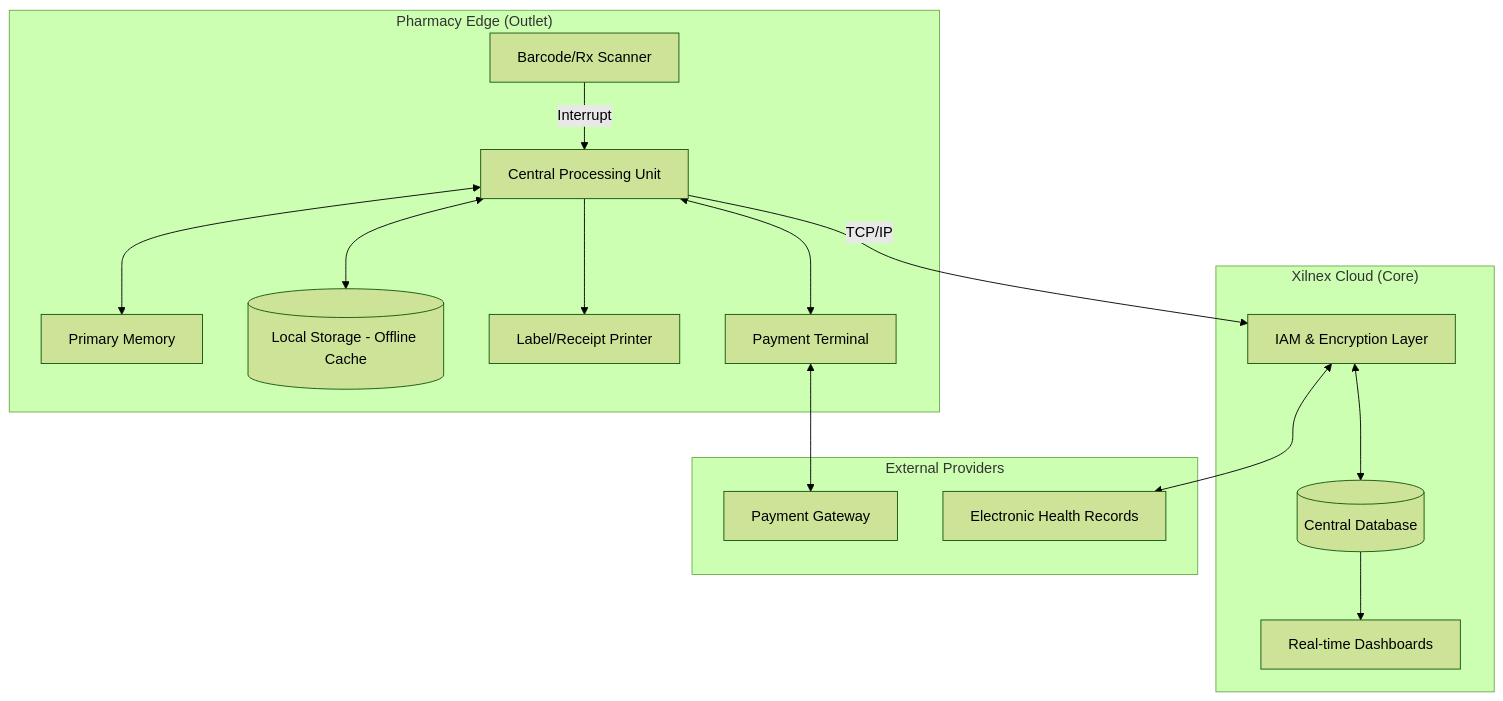
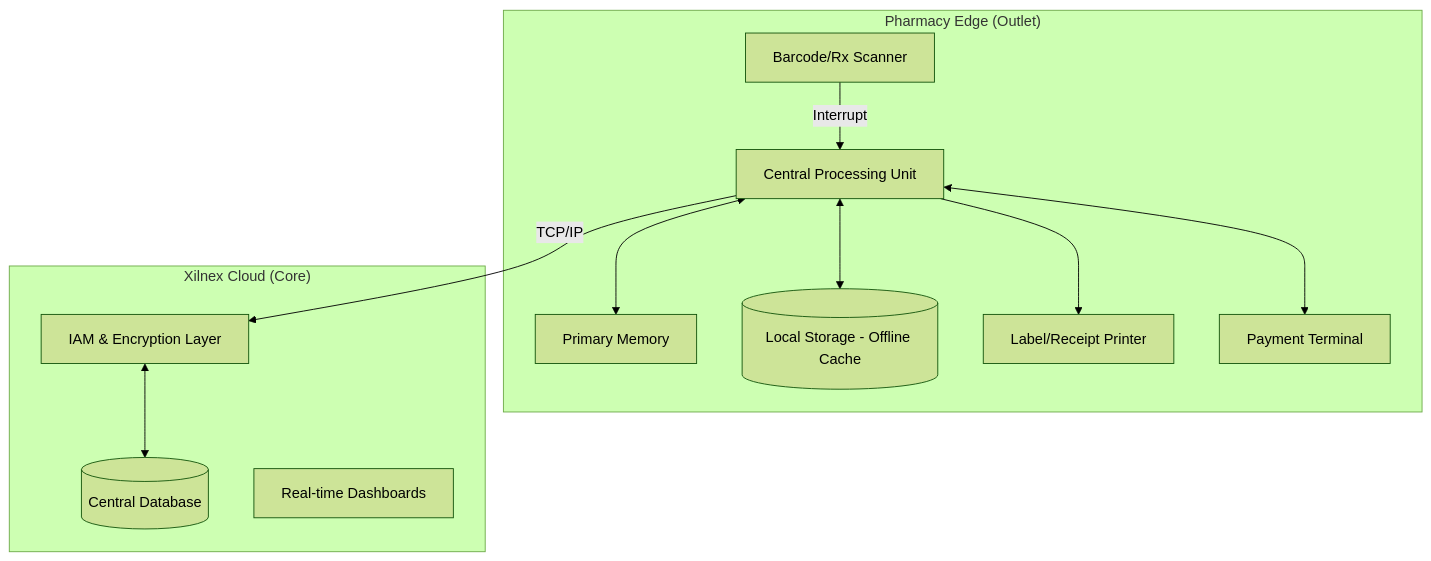
One commit to wendy0005/assignment changed the diagram in 20260322_Retail_Pharmacy_POS_Analysis/20260322_Computer_Architecture_Analysis_Xilnex.md. Above: the diagram before and after it, drawn with Mermaid (forest theme). The commit also changed other lines of this file and 10 other files, not shown here.

````diff
--- a/20260322_Retail_Pharmacy_POS_Analysis/20260322_Computer_Architecture_Analysis_Xilnex.md
+++ b/20260322_Retail_Pharmacy_POS_Analysis/20260322_Computer_Architecture_Analysis_Xilnex.md
@@ -80,33 +71,25 @@
 ```mermaid
 graph TD
     subgraph "Pharmacy Edge (Outlet)"
         CPU[Central Processing Unit]
         RAM[Primary Memory]
         SSD[(Local Storage - Offline Cache)]
         Scanner[Barcode/Rx Scanner]
         Printer[Label/Receipt Printer]
         Term[Payment Terminal]
     end
 
     subgraph "Xilnex Cloud (Core)"
         CloudDB[(Central Database)]
         Security[IAM & Encryption Layer]
         Analytics[Real-time Dashboards]
     end
 
-    subgraph "External Providers"
-        Bank[Payment Gateway]
-        EHR[Electronic Health Records]
-    end
-
     Scanner -- "Interrupt" --> CPU
     CPU <--> RAM
     CPU <--> SSD
     CPU -- "TCP/IP" --> Security
     Security <--> CloudDB
-    CloudDB --> Analytics
     CPU --> Printer
     CPU <--> Term
-    Term <--> Bank
-    Security <--> EHR
 ```
````
